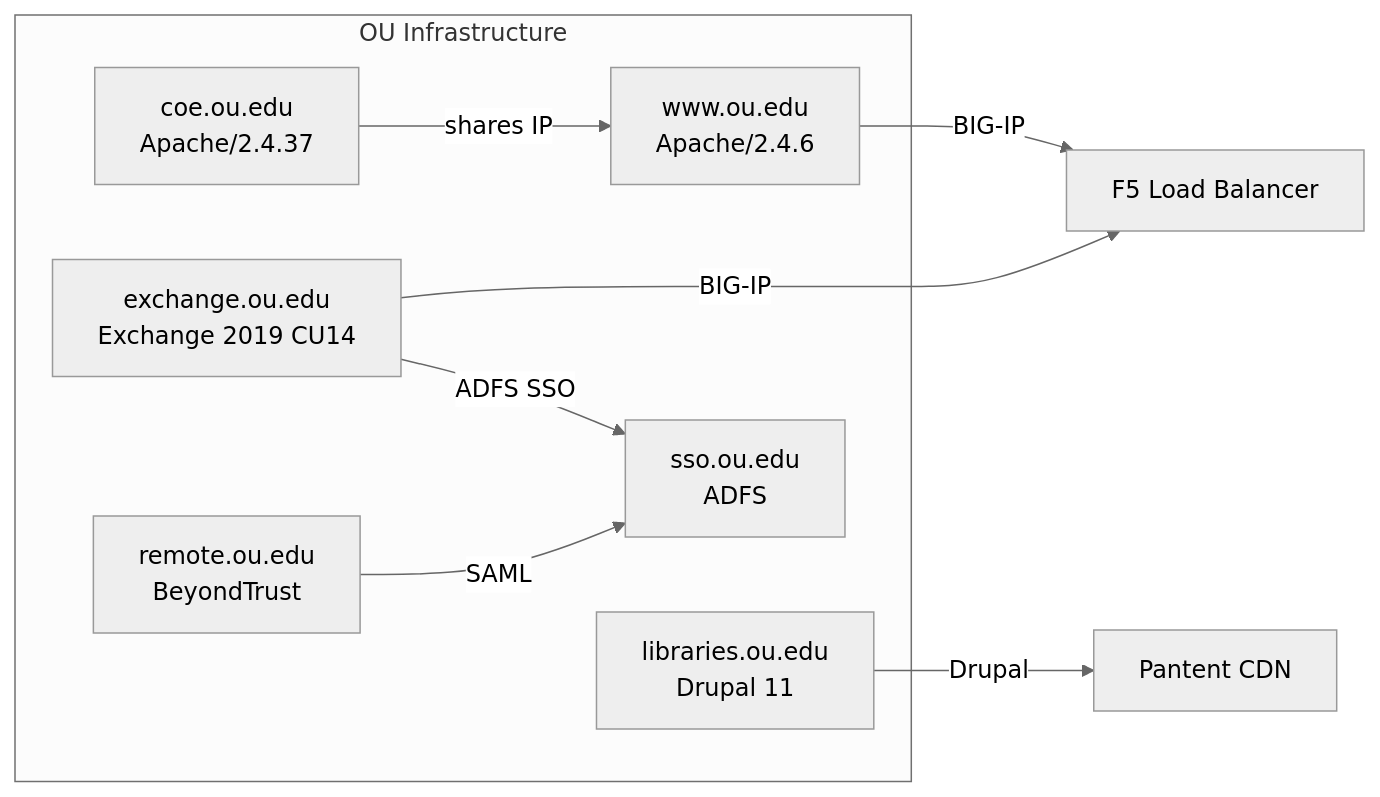
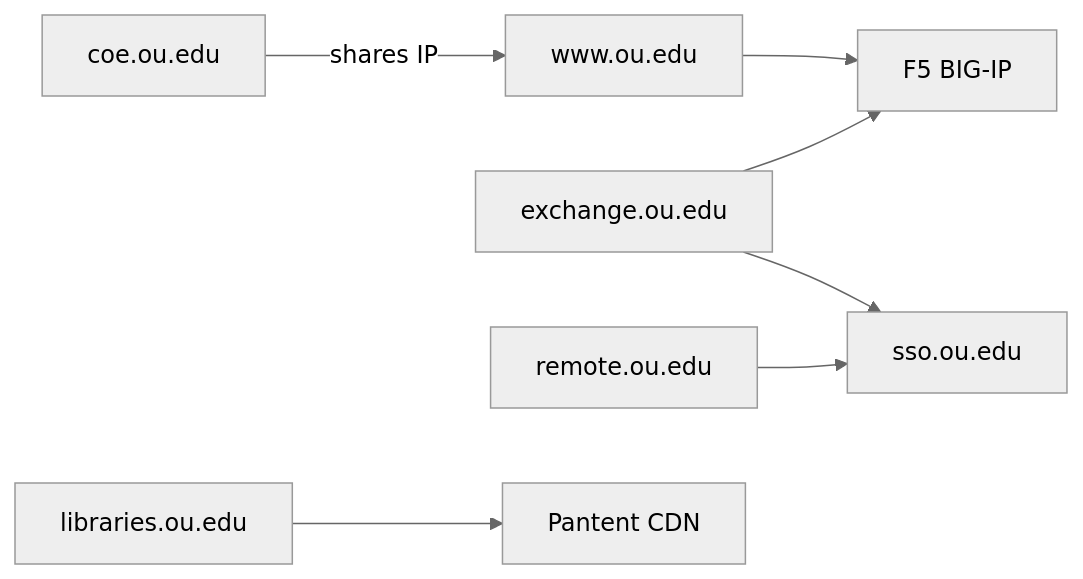
The second of 3 diagrams in README.md (ykrishhh/ou-hunt-report), drawn with Mermaid (neutral theme) before and after one commit. The commit also changed other lines of this file, not shown here.

Commit message:
fix: simplify mermaid syntax for GitHub rendering

````diff
--- a/README.md
+++ b/README.md
@@ -42,18 +40,9 @@
 ```mermaid
 graph LR
-    subgraph "OU Infrastructure"
-        A[coe.ou.edu<br/>Apache/2.4.37]
-        B[www.ou.edu<br/>Apache/2.4.6]
-        C[exchange.ou.edu<br/>Exchange 2019 CU14]
-        D[libraries.ou.edu<br/>Drupal 11]
-        E[remote.ou.edu<br/>BeyondTrust]
-        F[sso.ou.edu<br/>ADFS]
-    end
-    
-    A -->|shares IP| B
-    C -->|ADFS SSO| F
-    E -->|SAML| F
-    D -->|Drupal| G[Pantent CDN]
-    B -->|BIG-IP| H[F5 Load Balancer]
-    C -->|BIG-IP| H
+    A[coe.ou.edu] -->|shares IP| B[www.ou.edu]
+    C[exchange.ou.edu] --> D[sso.ou.edu]
+    E[remote.ou.edu] --> D
+    F[libraries.ou.edu] --> G[Pantent CDN]
+    B --> H[F5 BIG-IP]
+    C --> H
 ```
````
